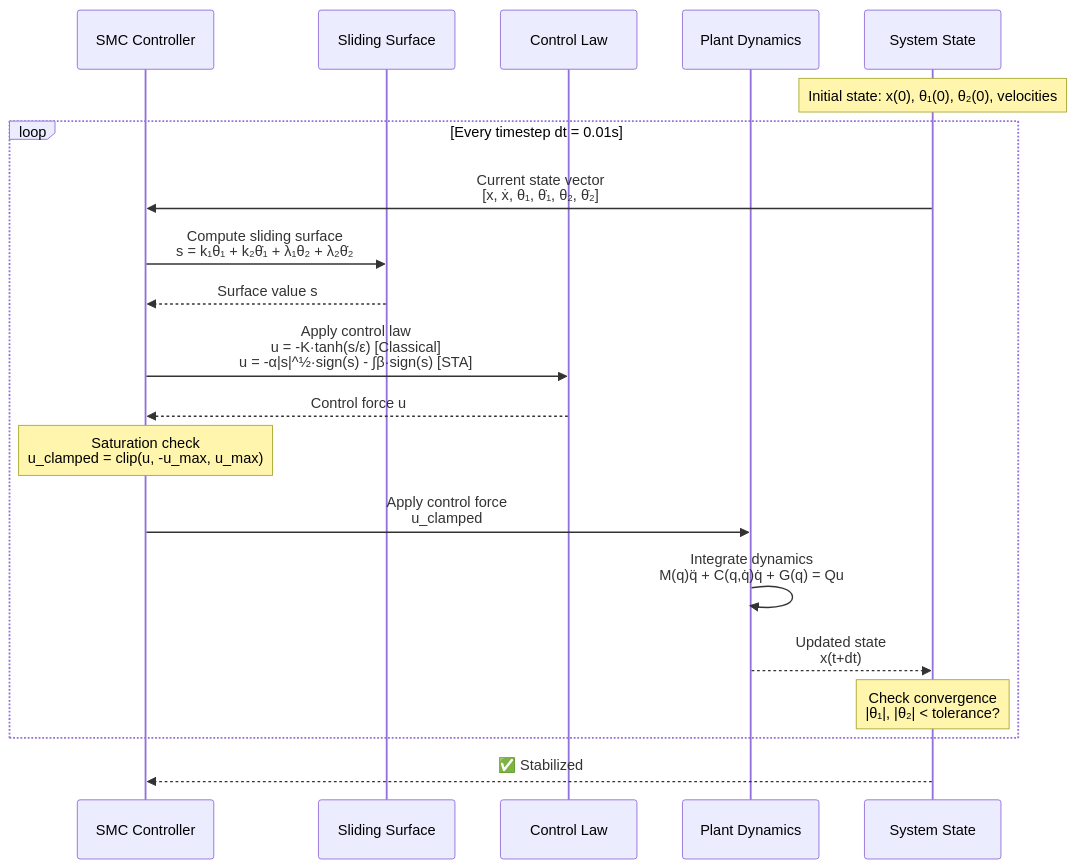
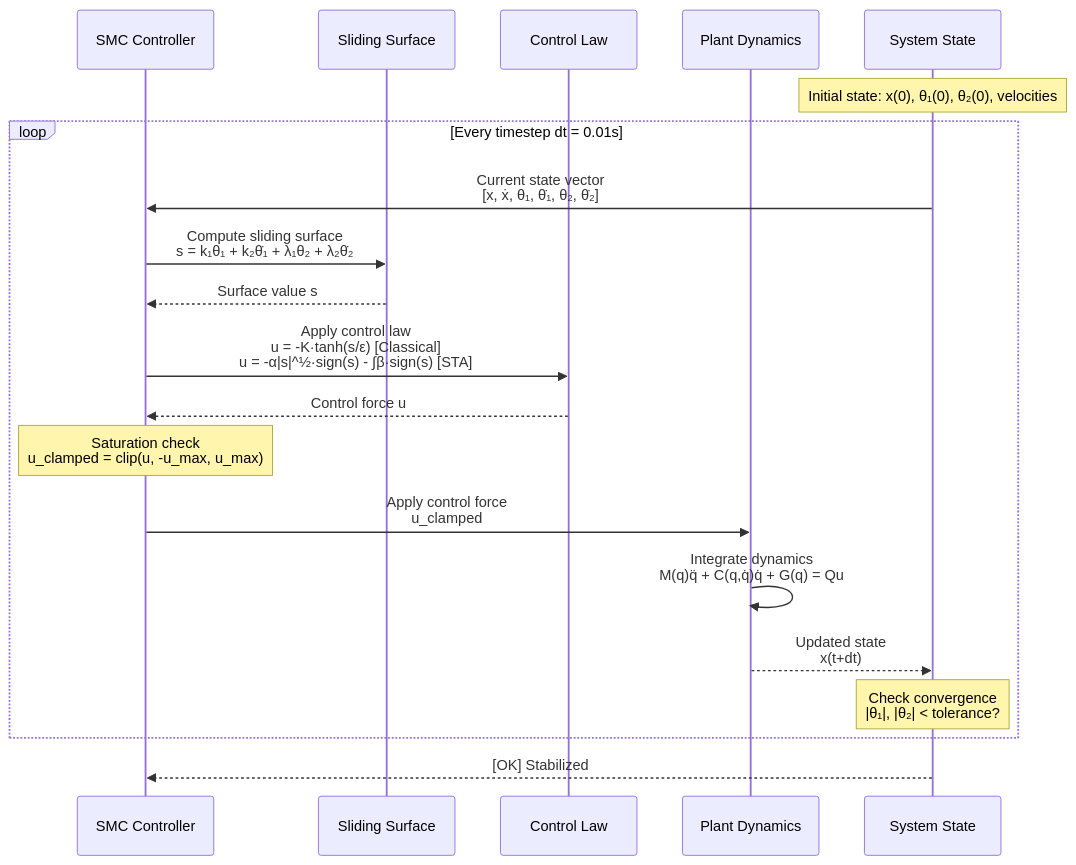
Before and after one commit to theSadeQ/dip-smc-pso: the second of 3 diagrams in README.md, drawn with Mermaid. The commit also changed other lines of this file and 7 other files, not shown here.

````diff
--- a/README.md
+++ b/README.md
@@ -142,34 +142,34 @@
 ```mermaid
 sequenceDiagram
     participant Controller as SMC Controller
     participant Surface as Sliding Surface
     participant Law as Control Law
     participant Plant as Plant Dynamics
     participant State as System State
 
     Note over State: Initial state: x(0), θ₁(0), θ₂(0), velocities
 
     loop Every timestep dt = 0.01s
         State->>Controller: Current state vector<br/>[x, ẋ, θ₁, θ̇₁, θ₂, θ̇₂]
 
         Controller->>Surface: Compute sliding surface<br/>s = k₁θ₁ + k₂θ̇₁ + λ₁θ₂ + λ₂θ̇₂
 
         Surface-->>Controller: Surface value s
 
         Controller->>Law: Apply control law<br/>u = -K·tanh(s/ε) [Classical]<br/>u = -α|s|^½·sign(s) - ∫β·sign(s) [STA]
 
         Law-->>Controller: Control force u
 
         Note over Controller: Saturation check<br/>u_clamped = clip(u, -u_max, u_max)
 
         Controller->>Plant: Apply control force<br/>u_clamped
 
         Plant->>Plant: Integrate dynamics<br/>M(q)q̈ + C(q,q̇)q̇ + G(q) = Qu
 
         Plant-->>State: Updated state<br/>x(t+dt)
 
         Note over State: Check convergence<br/>|θ₁|, |θ₂| < tolerance?
     end
 
-    State-->>Controller: ✅ Stabilized
+    State-->>Controller: [OK] Stabilized
 ```
````
